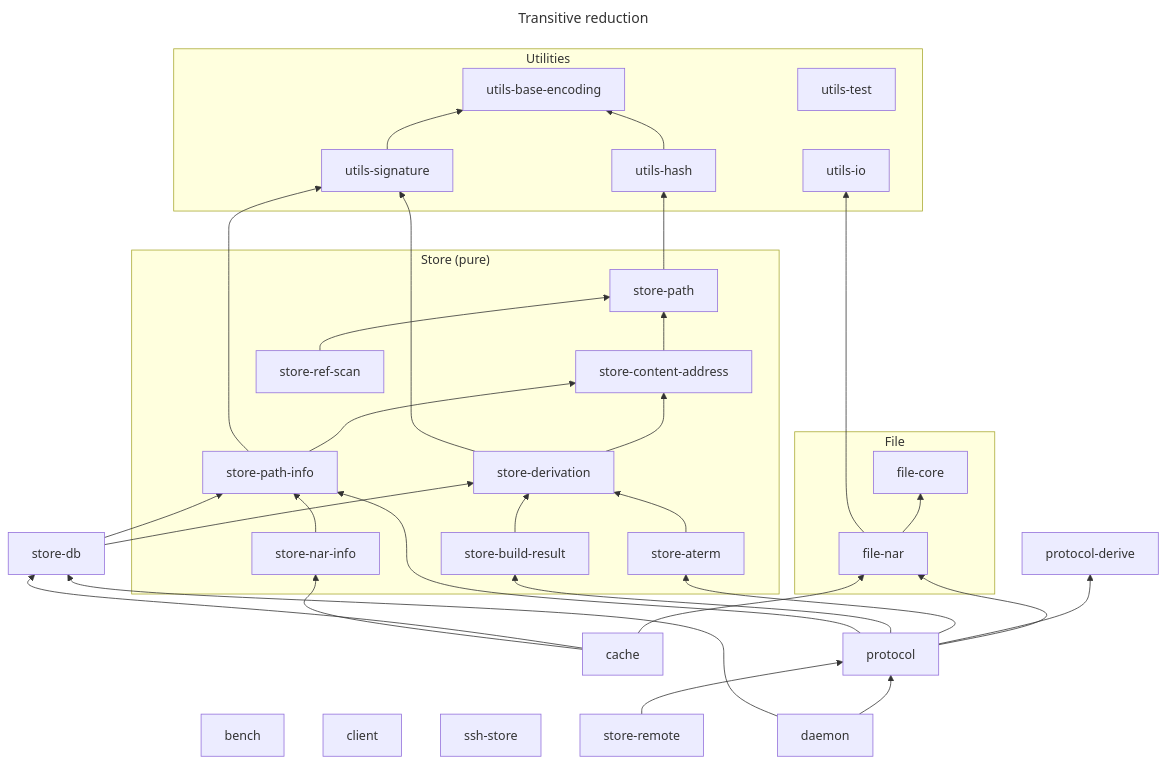
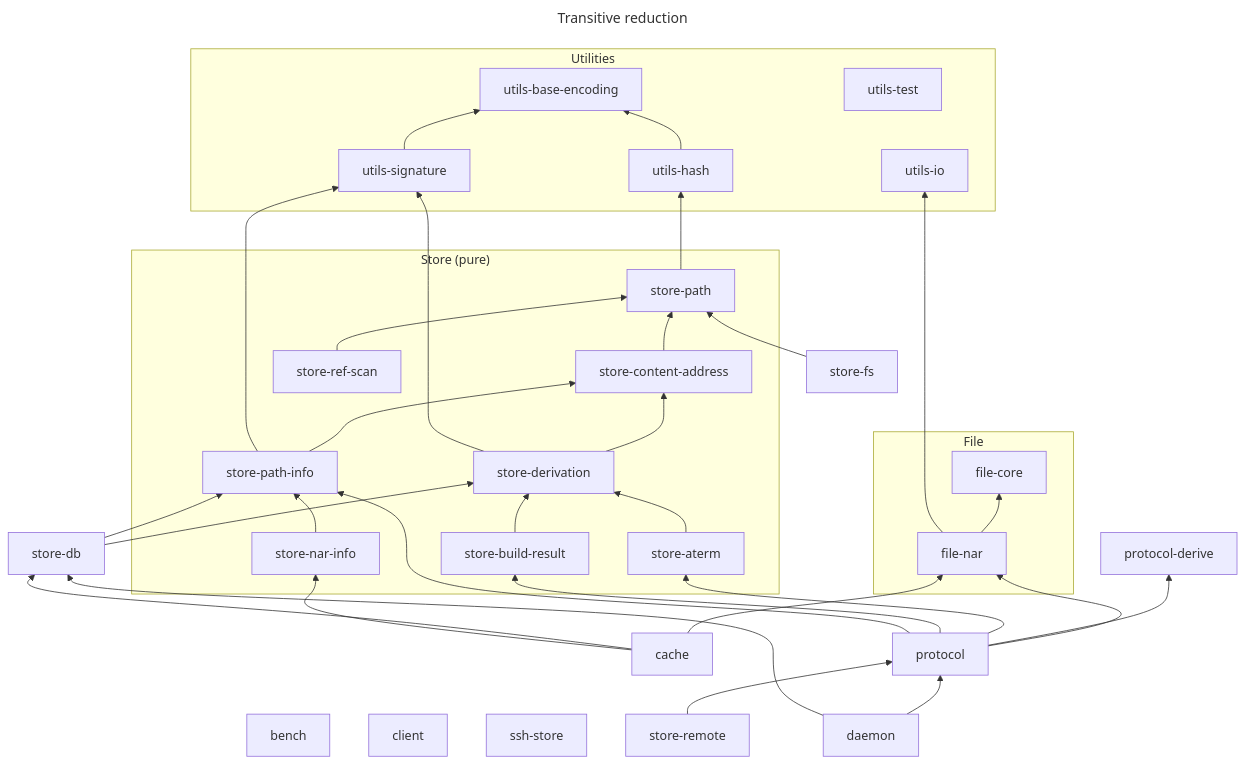
One commit to nix-community/harmonia changed the diagram in docs/architecture/harmonia-store-structure.md. Above: the diagram before and after it, drawn with Mermaid. The commit also changed 7 other files, not shown here.

````diff
--- a/docs/architecture/harmonia-store-structure.md
+++ b/docs/architecture/harmonia-store-structure.md
@@ -79,57 +79,58 @@
 ```mermaid
 ---
 title: Transitive reduction
 ---
 graph BT
     subgraph "Utilities"
         utils-base-encoding
         utils-hash
         utils-io
         utils-signature
         utils-test
     end
     subgraph "Store (pure)"
         store-aterm
         store-build-result
         store-content-address
         store-derivation
         store-nar-info
         store-path
         store-path-info
         store-ref-scan
     end
     subgraph "File"
         file-core
         file-nar
     end
     bench
     client
     ssh-store
     file-nar --> file-core
     file-nar --> utils-io
     utils-hash --> utils-base-encoding
     utils-signature --> utils-base-encoding
     store-path --> utils-hash
     store-content-address --> store-path
+    store-fs --> store-path
     store-ref-scan --> store-path
     store-derivation --> store-content-address
     store-derivation --> utils-signature
     store-path-info --> store-content-address
     store-path-info --> utils-signature
     store-aterm --> store-derivation
     store-build-result --> store-derivation
     store-db --> store-derivation
     store-db --> store-path-info
     store-nar-info --> store-path-info
     cache --> file-nar
     cache --> store-db
     cache --> store-nar-info
     protocol --> file-nar
     protocol --> protocol-derive
     protocol --> store-aterm
     protocol --> store-build-result
     protocol --> store-path-info
     daemon --> protocol
     daemon --> store-db
     store-remote --> protocol
 ```
````
